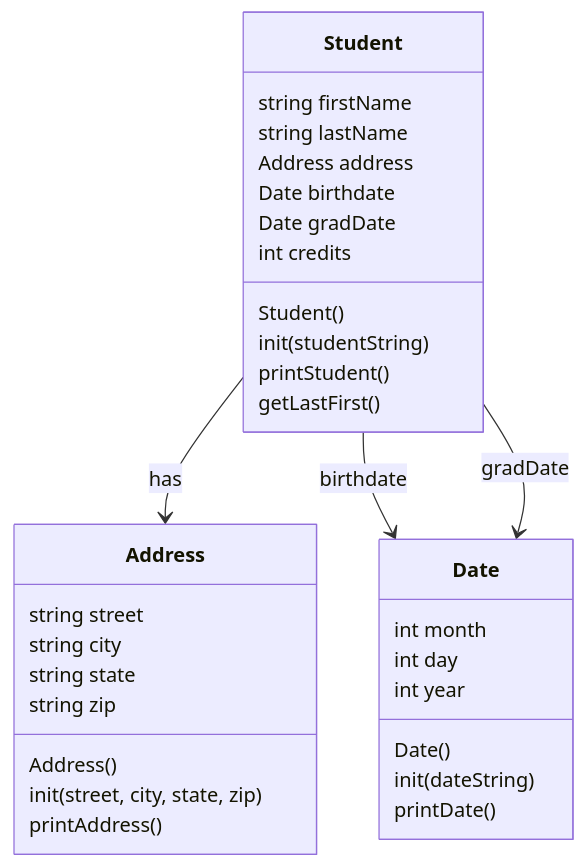
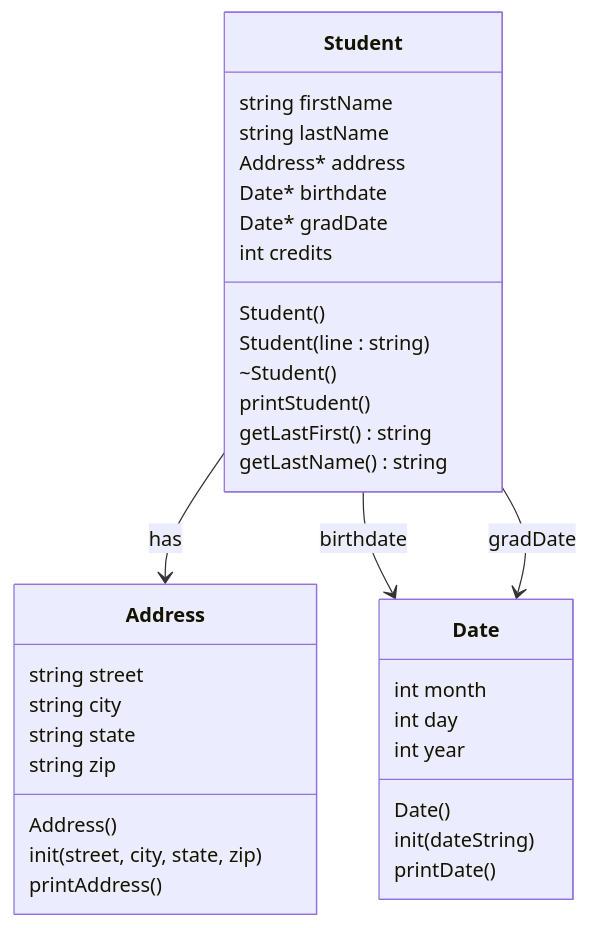
One commit to JosephK100/Heap-of-Students-Part-1 changed the diagram in README.md. Above: the diagram before and after it, drawn with Mermaid. The commit also changed 1 other file, not shown here.

Commit message:
UML Changes and Student.cpp changes

````diff
--- a/README.md
+++ b/README.md
@@ -3,38 +3,38 @@
 ```mermaid
 classDiagram
     class Address {
         string street
         string city
         string state
         string zip
         Address()
         init(street, city, state, zip)
         printAddress()
     }
-
     class Date {
         int month
         int day
         int year
         Date()
         init(dateString)
         printDate()
     }
-
     class Student {
         string firstName
         string lastName
-        Address address
-        Date birthdate
-        Date gradDate
+        Address* address
+        Date* birthdate
+        Date* gradDate
         int credits
         Student()
-        init(studentString)
+        Student(line : string)
+        ~Student()
         printStudent()
-        getLastFirst()
+        getLastFirst() string
+        getLastName() string
     }
-
+    %% Relationships
     Student --> Address : has
     Student --> Date : birthdate
     Student --> Date : gradDate
 ```
````
